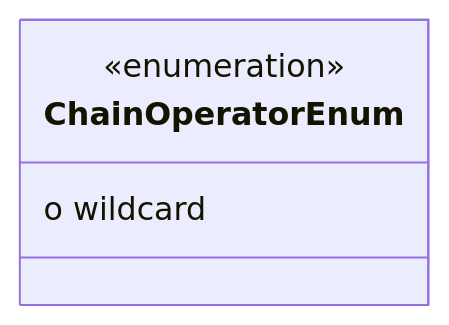
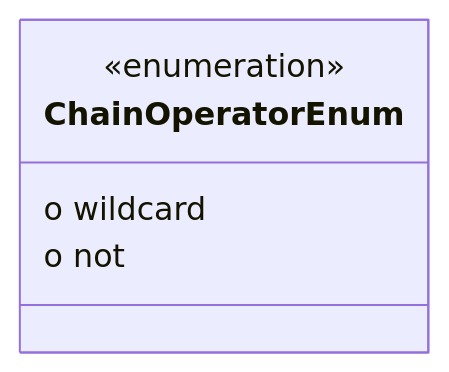
One commit to codexstanford/Insurance-Payout-Ontology changed the diagram in datamodel-build/mermaid/ChainOperatorEnum.mmd. Above: the diagram before and after it, drawn with Mermaid. The commit also changed 97 other files, not shown here.

Commit message:
Re-architecture build so object can be store in multiple directory

```diff
--- a/datamodel-build/mermaid/ChainOperatorEnum.mmd
+++ b/datamodel-build/mermaid/ChainOperatorEnum.mmd
@@ -1,5 +1,6 @@
 classDiagram
 class ChainOperatorEnum {
 <<enumeration>>
   o wildcard
+  o not
 }
```
